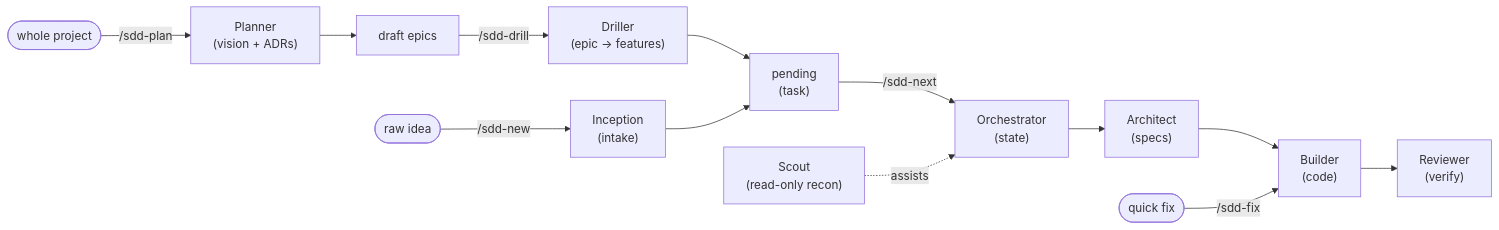
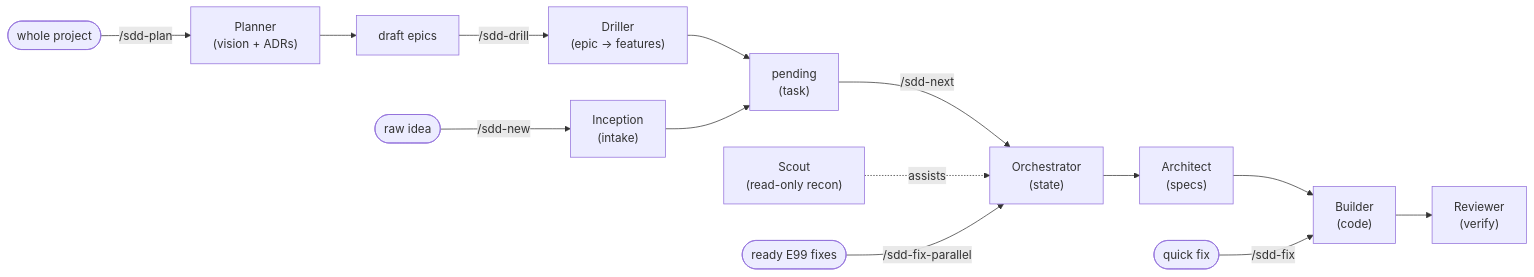
One commit to araozmd/harness-sdd changed the diagram in README.md. Above: the diagram before and after it, drawn with Mermaid. The commit also changed other lines of this file and 18 other files, not shown here.

````diff
--- a/README.md
+++ b/README.md
@@ -16,18 +16,19 @@
 ```mermaid
 flowchart LR
     project(["whole project"]) -->|/sdd-plan| Planner["Planner<br/>(vision + ADRs)"]
     Planner --> draft["draft epics"]
     draft -->|/sdd-drill| Driller["Driller<br/>(epic → features)"]
     Driller --> pending
 
     idea(["raw idea"]) -->|/sdd-new| Inception["Inception<br/>(intake)"]
     Inception --> pending["pending<br/>(task)"]
 
     pending -->|/sdd-next| Orchestrator["Orchestrator<br/>(state)"]
     Orchestrator --> Architect["Architect<br/>(specs)"]
     Architect --> Builder["Builder<br/>(code)"]
     Builder --> Reviewer["Reviewer<br/>(verify)"]
     Scout["Scout<br/>(read-only recon)"] -.assists.-> Orchestrator
 
     fix(["quick fix"]) -->|/sdd-fix| Builder
+    fixes(["ready E99 fixes"]) -->|/sdd-fix-parallel| Orchestrator
 ```
````
